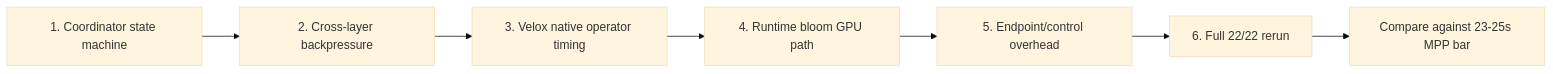
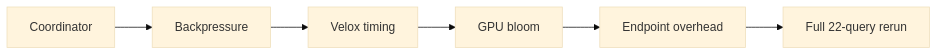
Before and after one commit to winningsix/spark: the sixth of 6 diagrams in docs/pipelined-shuffle-tpch-status-20260721.md, drawn with Mermaid (base theme). The commit also changed other lines of this file, not shown here.

Commit message:
docs(shuffle): simplify wiki diagrams

````diff
--- a/docs/pipelined-shuffle-tpch-status-20260721.md
+++ b/docs/pipelined-shuffle-tpch-status-20260721.md
@@ -489,9 +299,8 @@
 ```mermaid
 flowchart LR
-  N1["1. Coordinator state machine"] --> N2["2. Cross-layer backpressure"]
-  N2 --> N3["3. Velox native operator timing"]
-  N3 --> N4["4. Runtime bloom GPU path"]
-  N4 --> N5["5. Endpoint/control overhead"]
-  N5 --> N6["6. Full 22/22 rerun"]
-  N6 --> N7["Compare against 23-25s MPP bar"]
+  A[Coordinator] --> B[Backpressure]
+  B --> C[Velox timing]
+  C --> D[GPU bloom]
+  D --> E[Endpoint overhead]
+  E --> F[Full 22-query rerun]
 ```
````
